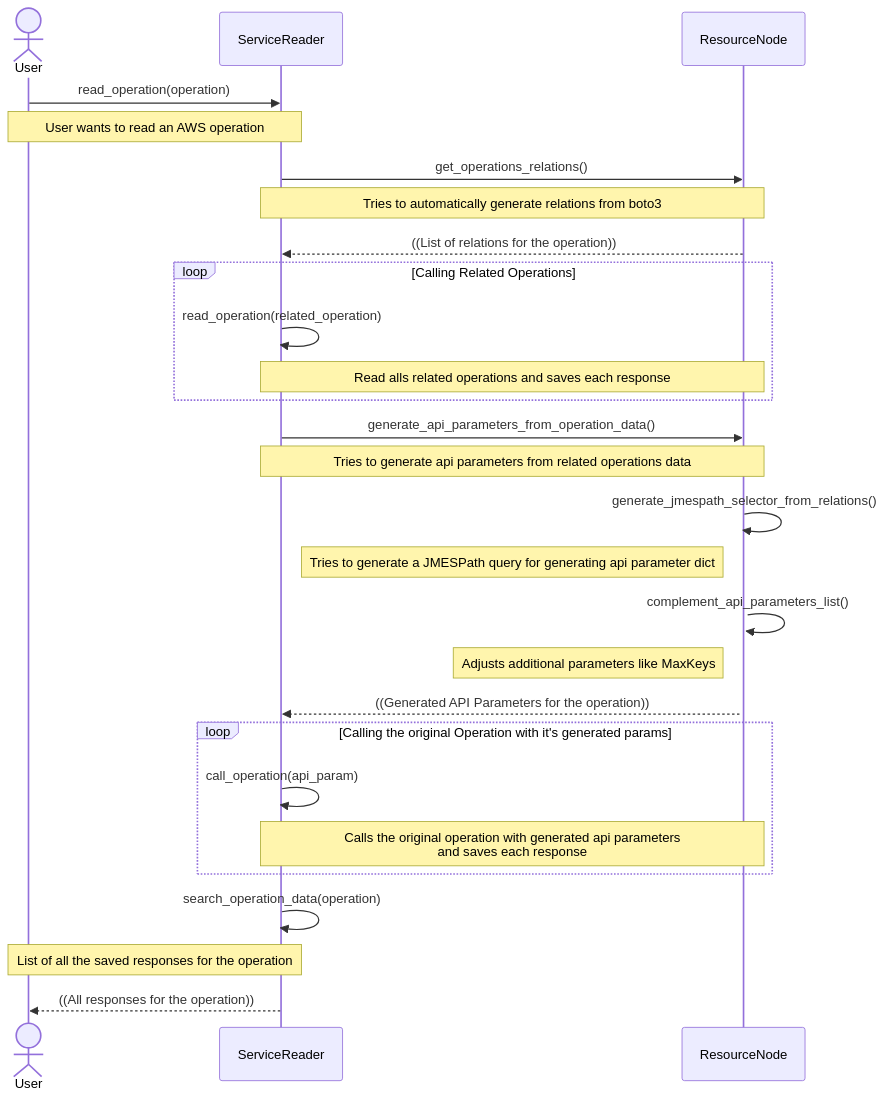
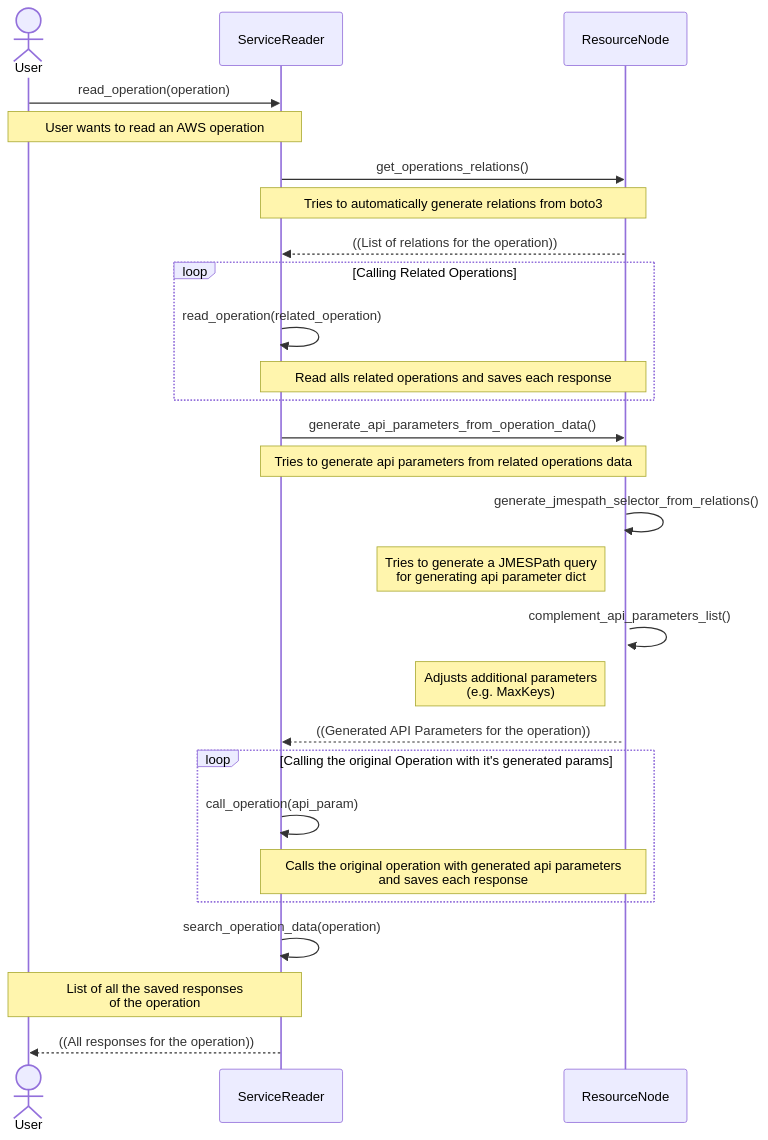
The diagram in docs/how-it-works/reading-operations.md (oguzhan-yilmaz/balcony), drawn with Mermaid before and after one commit. The commit also changed 4 other files, not shown here.

````diff
--- a/docs/how-it-works/reading-operations.md
+++ b/docs/how-it-works/reading-operations.md
@@ -2,42 +2,42 @@
 ``` mermaid
 sequenceDiagram
   actor User
   participant SR as ServiceReader
   participant RN as ResourceNode
   User->>SR: read_operation(operation)
   Note over User,SR: User wants to read an AWS operation
 
   SR->>RN: get_operations_relations()
   Note over SR,RN: Tries to automatically generate relations from boto3
 
   RN-->>SR: ((List of relations for the operation))
   loop Calling Related Operations
     SR->>SR: read_operation(related_operation)
     Note over SR,RN: Read alls related operations and saves each response
   end
   
   
   SR->>RN: generate_api_parameters_from_operation_data()
   Note over SR,RN: Tries to generate api parameters from related operations data
   RN->>+RN: generate_jmespath_selector_from_relations()
-  Note left of RN: Tries to generate a JMESPath query for generating api parameter dict
+  Note left of RN: Tries to generate a JMESPath query <br/>for generating api parameter dict
 
   RN->>+RN: complement_api_parameters_list()
-  Note left of RN: Adjusts additional parameters like MaxKeys
+  Note left of RN: Adjusts additional parameters<br/>(e.g. MaxKeys)
   RN-->>SR: ((Generated API Parameters for the operation))
 
 
 
 
   loop Calling the original Operation with it's generated params
     SR->>SR: call_operation(api_param)
     Note over SR,RN: Calls the original operation with generated api parameters <br/> and saves each response
   end
   
 
   SR->>SR: search_operation_data(operation)
-  Note over User,SR: List of all the saved responses for the operation
+  Note over User,SR: List of all the saved responses<br/>of the operation
 
   SR-->>User: ((All responses for the operation))
 
 ```
````
